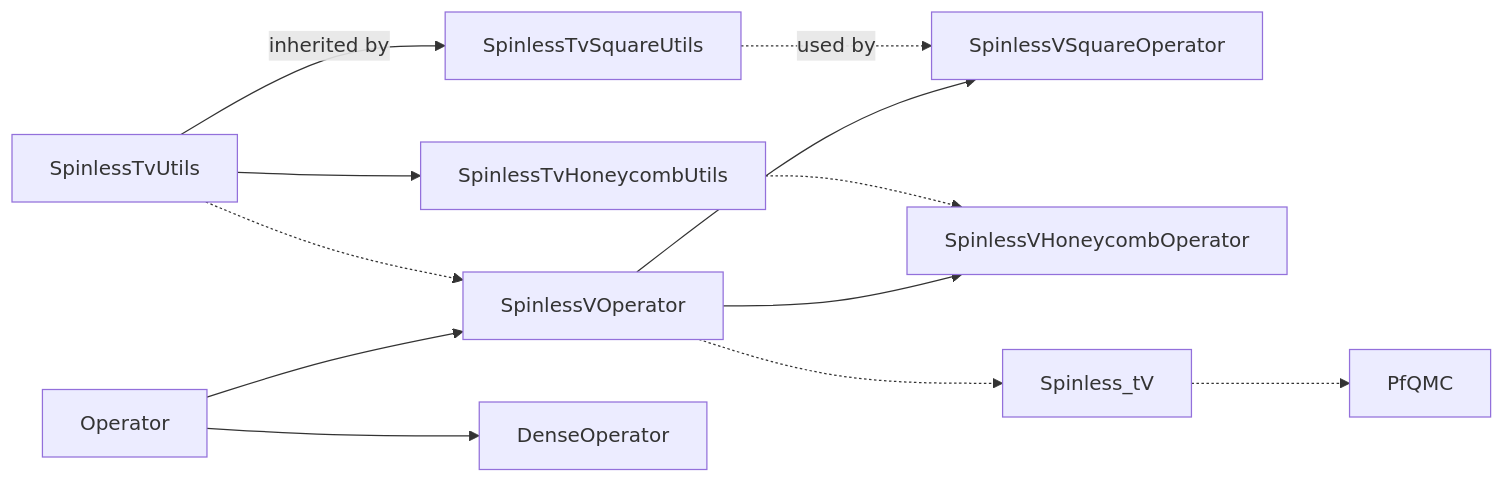
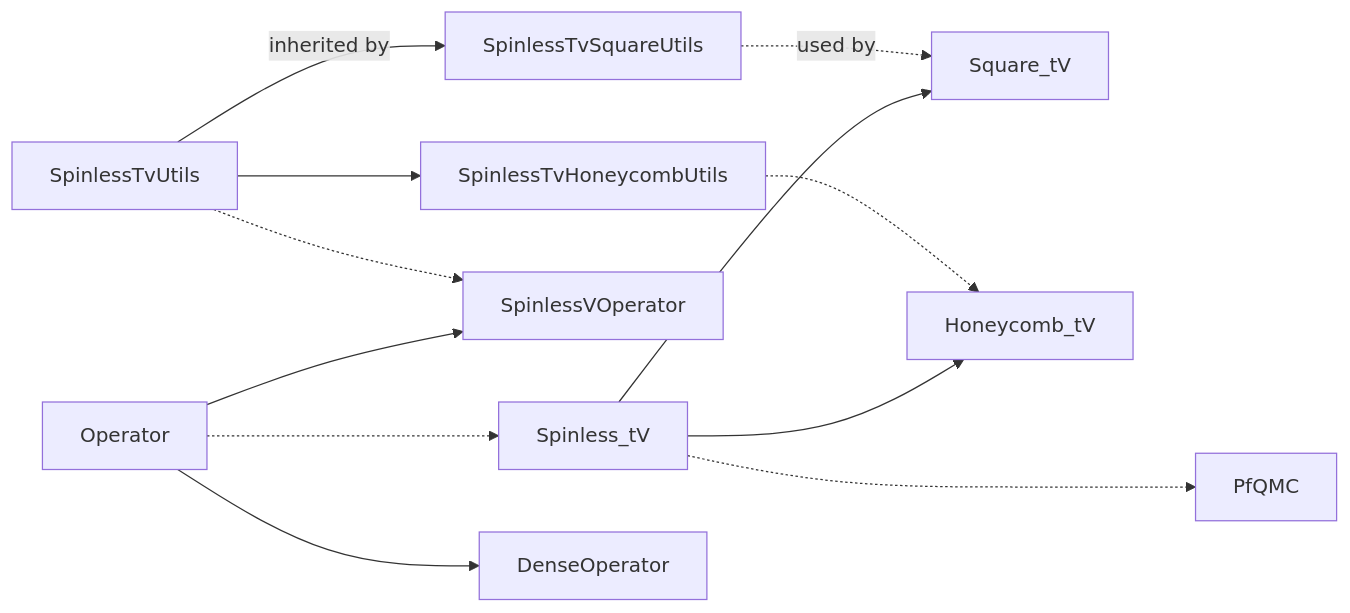
One commit to zyHan2077/PfQMC changed the diagram in README.md. Above: the diagram before and after it, drawn with Mermaid. The commit also changed 8 other files, not shown here.

````diff
--- a/README.md
+++ b/README.md
@@ -21,11 +21,14 @@
 ```mermaid
   graph LR;
-    SpinlessTvUtils--inherited by-->SpinlessTvSquareUtils-.used by.->SpinlessVSquareOperator;
+    SpinlessTvUtils--inherited by-->SpinlessTvSquareUtils-.used by.->Square_tV;
 
-    SpinlessTvUtils--> SpinlessTvHoneycombUtils-.->SpinlessVHoneycombOperator;
+    SpinlessTvUtils--> SpinlessTvHoneycombUtils-.->Honeycomb_tV;
     SpinlessTvUtils-.->SpinlessVOperator;
+    Operator-.->Spinless_tV-..-> PfQMC;
+    Operator-->SpinlessVOperator;
+    Spinless_tV-->Square_tV;
+    Spinless_tV-->Honeycomb_tV;
+    SpinlessVOperator;
     Operator-->DenseOperator;
-    Operator-->SpinlessVOperator-->SpinlessVHoneycombOperator;
-    SpinlessVOperator-->SpinlessVSquareOperator;
-    SpinlessVOperator-.->Spinless_tV-.-> PfQMC;
+    
 ```
````
